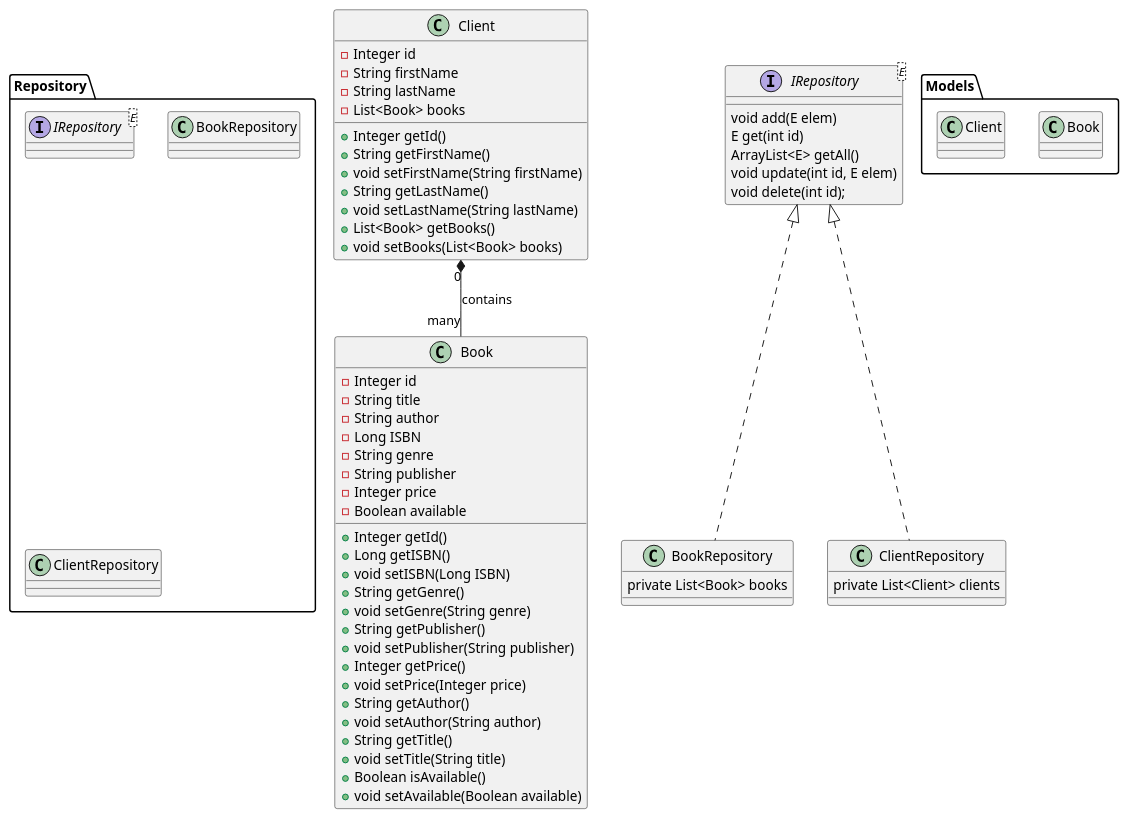
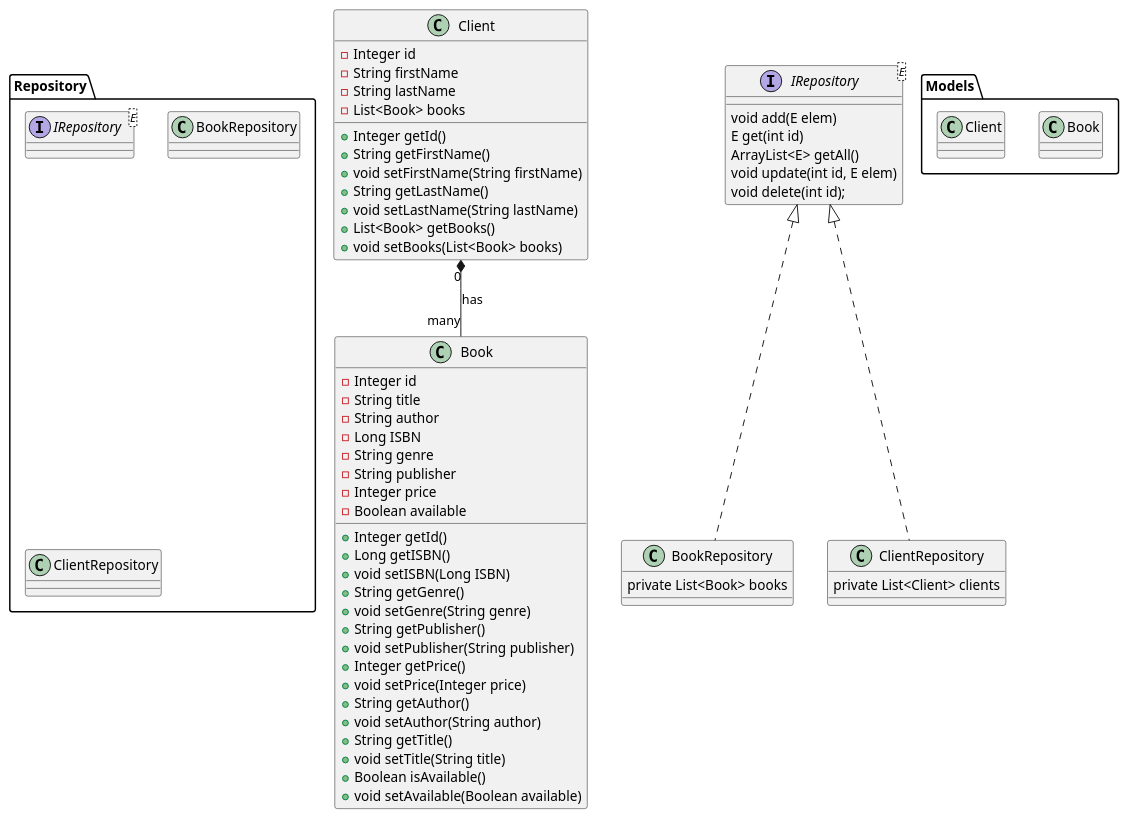
The diagram in src/Documentation/UMLBookStore.puml (victorursan/BookStore), drawn with PlantUML before and after one commit. The commit also changed 3 other files, not shown here.

```diff
--- a/src/Documentation/UMLBookStore.puml
+++ b/src/Documentation/UMLBookStore.puml
@@ -1,73 +1,73 @@
 @startuml
 
 package Models {
 class Book
 class Client
 }
 
 package Repository {
 interface IRepository<E>
 class BookRepository
 class ClientRepository
 }
 
 class Book {
     - Integer id
     - String title
     - String author
     - Long ISBN
     - String genre
     - String publisher
     - Integer price
     - Boolean available
     + Integer getId()
     + Long getISBN()
     + void setISBN(Long ISBN)
     + String getGenre()
     + void setGenre(String genre)
     + String getPublisher()
     + void setPublisher(String publisher)
     + Integer getPrice()
     + void setPrice(Integer price)
     + String getAuthor()
     + void setAuthor(String author)
     + String getTitle()
     + void setTitle(String title)
     + Boolean isAvailable()
     + void setAvailable(Boolean available)
 }
 
 
 class Client {
     - Integer id
     - String firstName
     - String lastName
     - List<Book> books
     + Integer getId()
     + String getFirstName()
     + void setFirstName(String firstName)
     + String getLastName()
     + void setLastName(String lastName)
     + List<Book> getBooks()
     + void setBooks(List<Book> books)
 }
 
 interface IRepository<E> {
     void add(E elem)
     E get(int id)
     ArrayList<E> getAll()
     void update(int id, E elem)
     void delete(int id);
 }
 
 class BookRepository implements IRepository {
     private List<Book> books
 }
 class ClientRepository implements IRepository {
     private List<Client> clients
 }
 
 
-Client "0" *-- "many" Book : contains
+Client "0" *-- "many" Book : has
 
 @enduml
```
